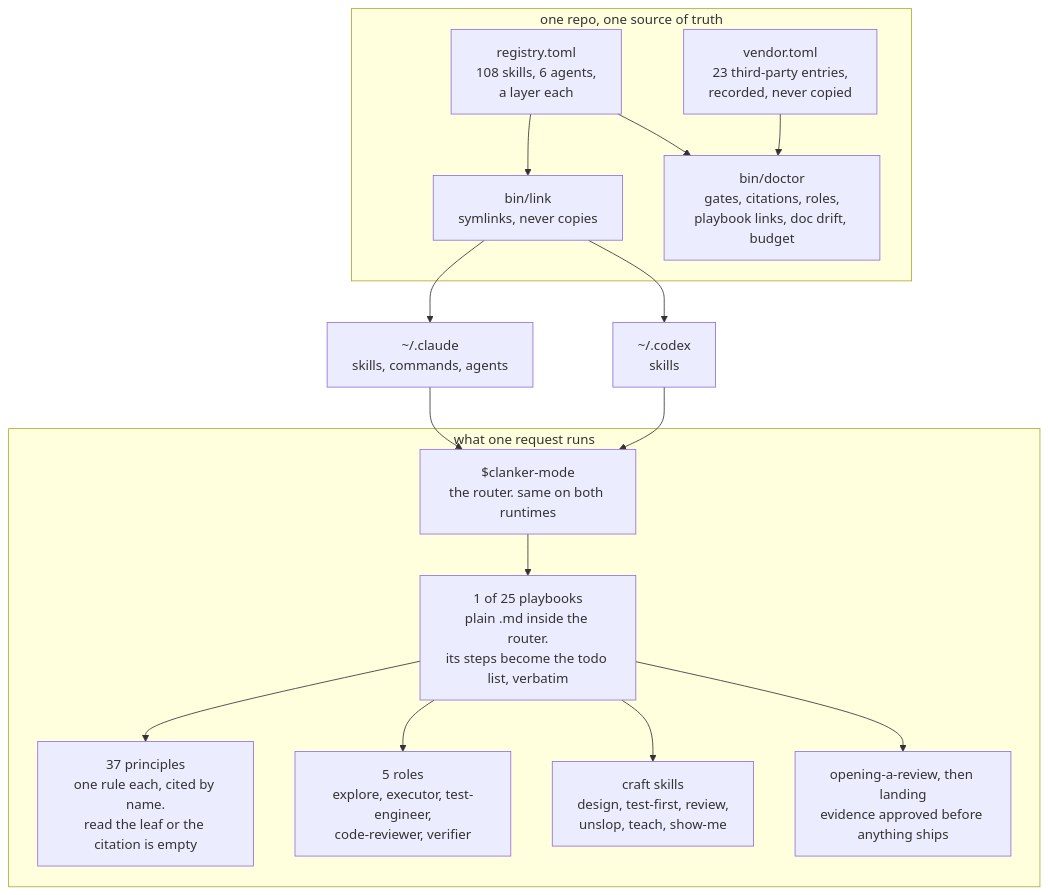
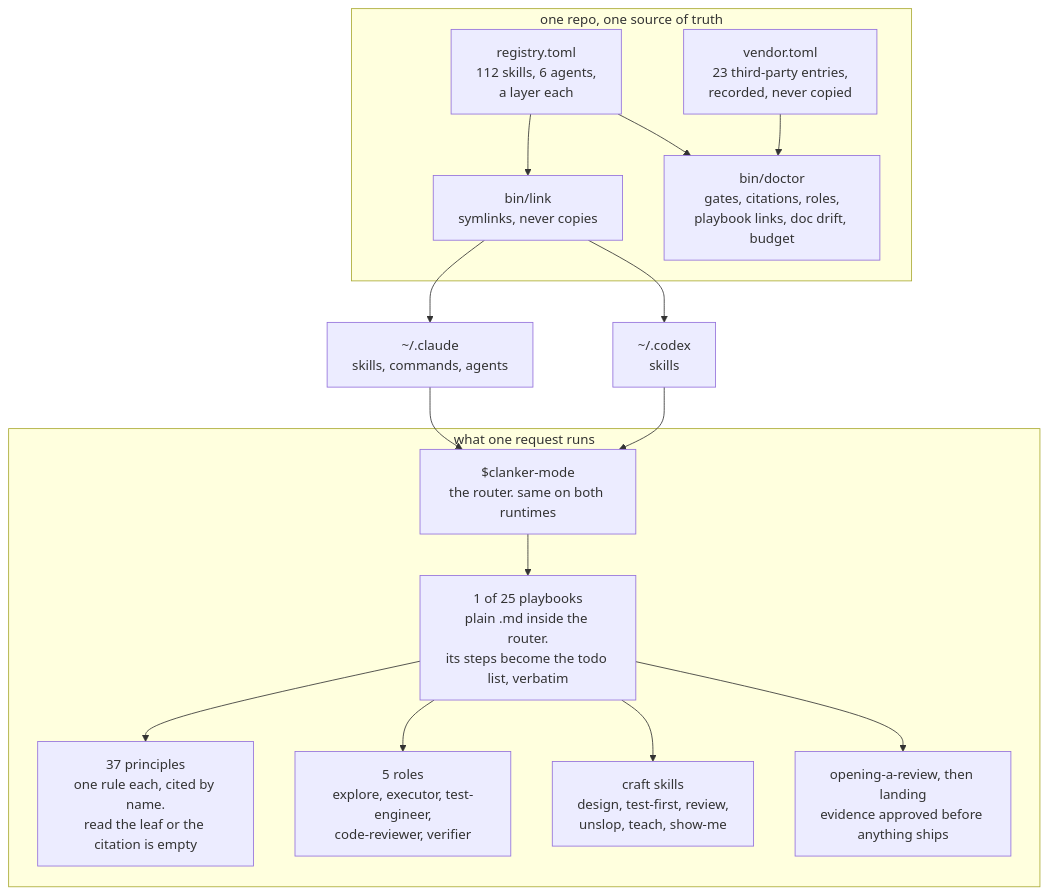
Before and after one commit to daryl-tg/deez-skills: the diagram in README.md, drawn with Mermaid. The commit also changed other lines of this file and 11 other files, not shown here.

````diff
--- a/README.md
+++ b/README.md
@@ -11,34 +11,34 @@
 ```mermaid
 flowchart TB
   subgraph hub["one repo, one source of truth"]
-    reg["registry.toml<br/>108 skills, 6 agents,<br/>a layer each"]
+    reg["registry.toml<br/>112 skills, 6 agents,<br/>a layer each"]
     ven["vendor.toml<br/>23 third-party entries,<br/>recorded, never copied"]
     lnk["bin/link<br/>symlinks, never copies"]
     doc["bin/doctor<br/>gates, citations, roles,<br/>playbook links, doc drift, budget"]
     reg --> lnk
     reg --> doc
     ven --> doc
   end
 
   cc["~/.claude<br/>skills, commands, agents"]
   cx["~/.codex<br/>skills"]
 
   subgraph work["what one request runs"]
     router["$clanker-mode<br/>the router. same on both runtimes"]
     pb["1 of 25 playbooks<br/>plain .md inside the router.<br/>its steps become the todo list, verbatim"]
     prin["37 principles<br/>one rule each, cited by name.<br/>read the leaf or the citation is empty"]
     role["5 roles<br/>explore, executor, test-engineer,<br/>code-reviewer, verifier"]
     craft["craft skills<br/>design, test-first, review,<br/>unslop, teach, show-me"]
     ship["opening-a-review, then landing<br/>evidence approved before anything ships"]
     router --> pb
     pb --> prin
     pb --> role
     pb --> craft
     pb --> ship
   end
 
   lnk --> cc
   lnk --> cx
   cc --> router
   cx --> router
 ```
````
